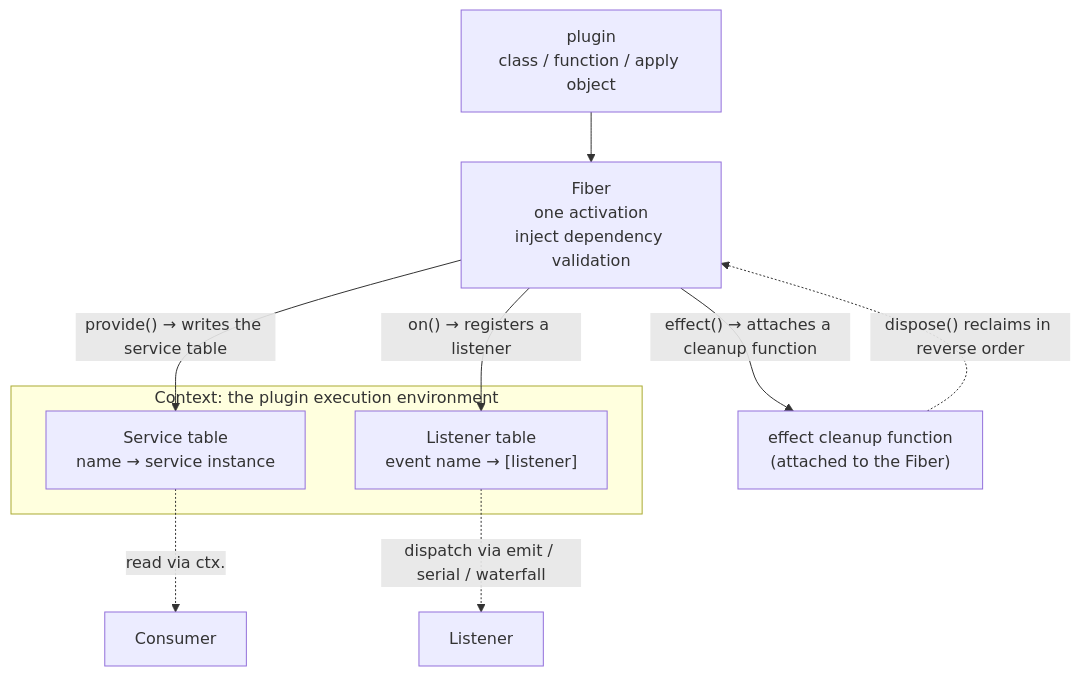
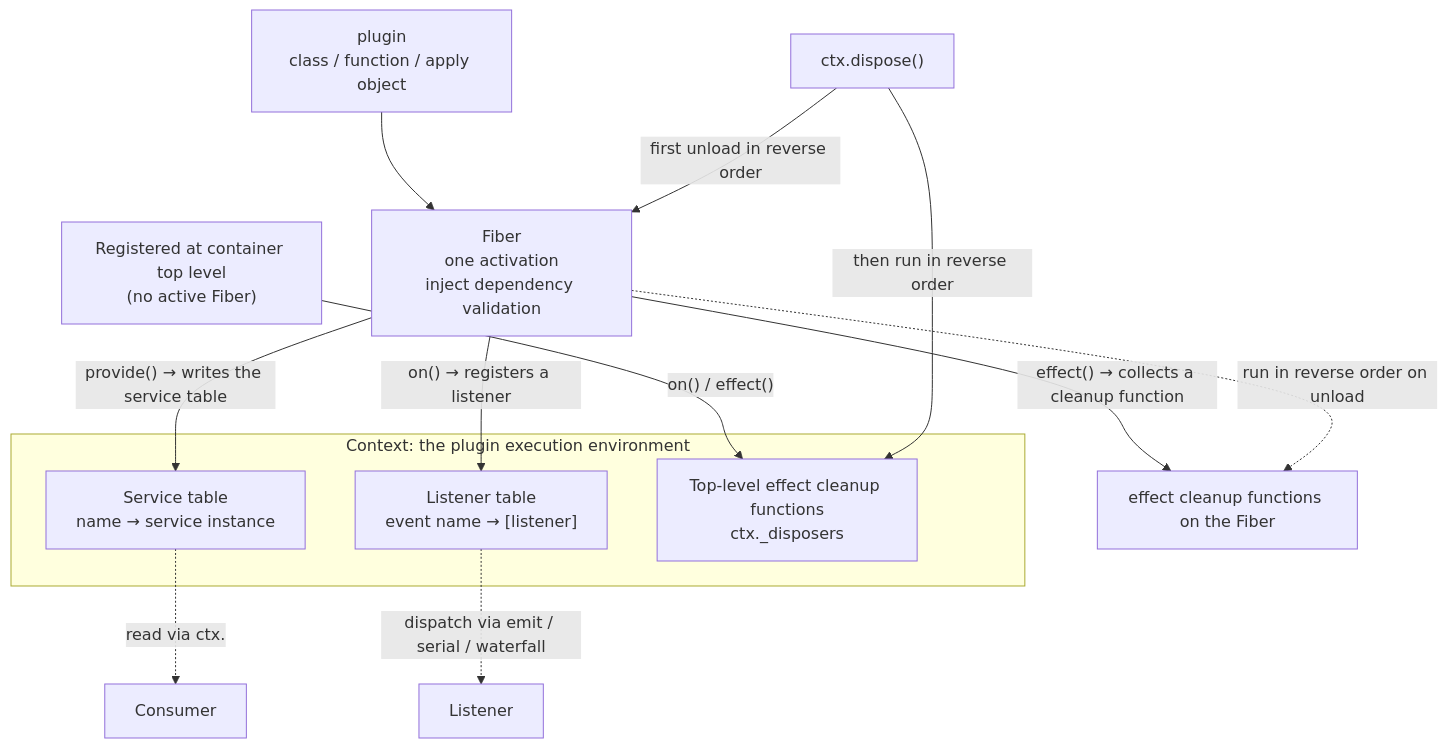
The diagram in ch01/ch01-cordis-kernel_en.md (ChenYu1991ppak/deepseek-harness-anatomy), drawn with Mermaid before and after one commit. The commit also changed other lines of this file and 124 other files, not shown here.

````diff
--- a/ch01/ch01-cordis-kernel_en.md
+++ b/ch01/ch01-cordis-kernel_en.md
@@ -169,14 +157,18 @@
 ```mermaid
 flowchart TB
     subgraph CTX["Context: the plugin execution environment"]
         SV["Service table<br/>name → service instance"]
         EV["Listener table<br/>event name → [listener]"]
+        ROOT["Top-level effect cleanup functions<br/>ctx._disposers"]
     end
     PLUGIN["plugin<br/>class / function / apply object"] --> FIBER["Fiber<br/>one activation<br/>inject dependency validation"]
     FIBER -- "provide() → writes the service table" --> SV
     FIBER -- "on() → registers a listener" --> EV
-    FIBER -- "effect() → attaches a cleanup function" --> DISP["effect cleanup function<br/>(attached to the Fiber)"]
+    FIBER -- "effect() → collects a cleanup function" --> DISP["effect cleanup functions on the Fiber"]
+    TOP["Registered at container top level<br/>(no active Fiber)"] -- "on() / effect()" --> ROOT
     SV -. "read via ctx.<name>" .-> CALLER["Consumer"]
     EV -. "dispatch via emit / serial / waterfall" .-> LISTENER["Listener"]
-    DISP -. "dispose() reclaims in reverse order" .-> FIBER
+    DISPOSE["ctx.dispose()"] -- "first unload in reverse order" --> FIBER
+    DISPOSE -- "then run in reverse order" --> ROOT
+    FIBER -. "run in reverse order on unload" .-> DISP
 ```
````
